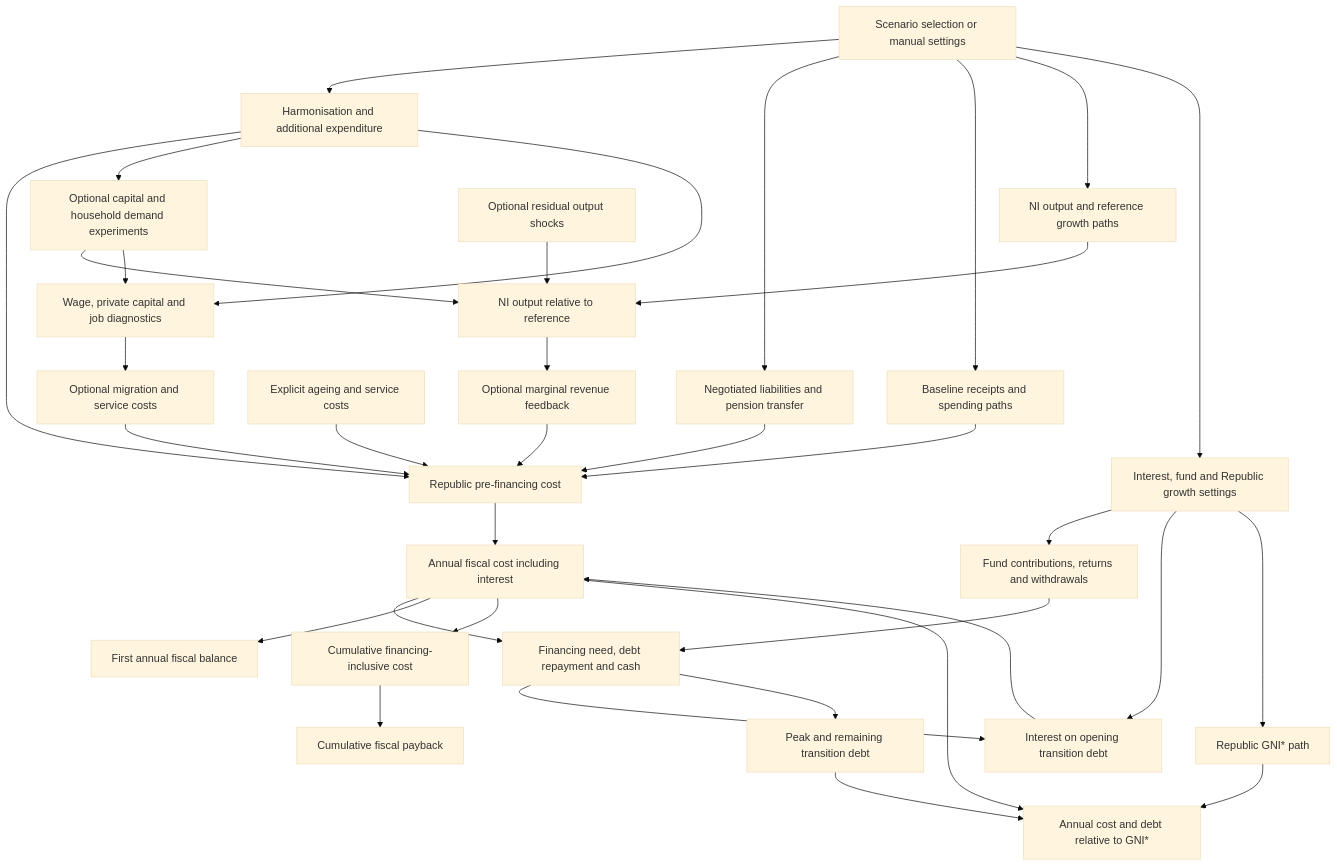
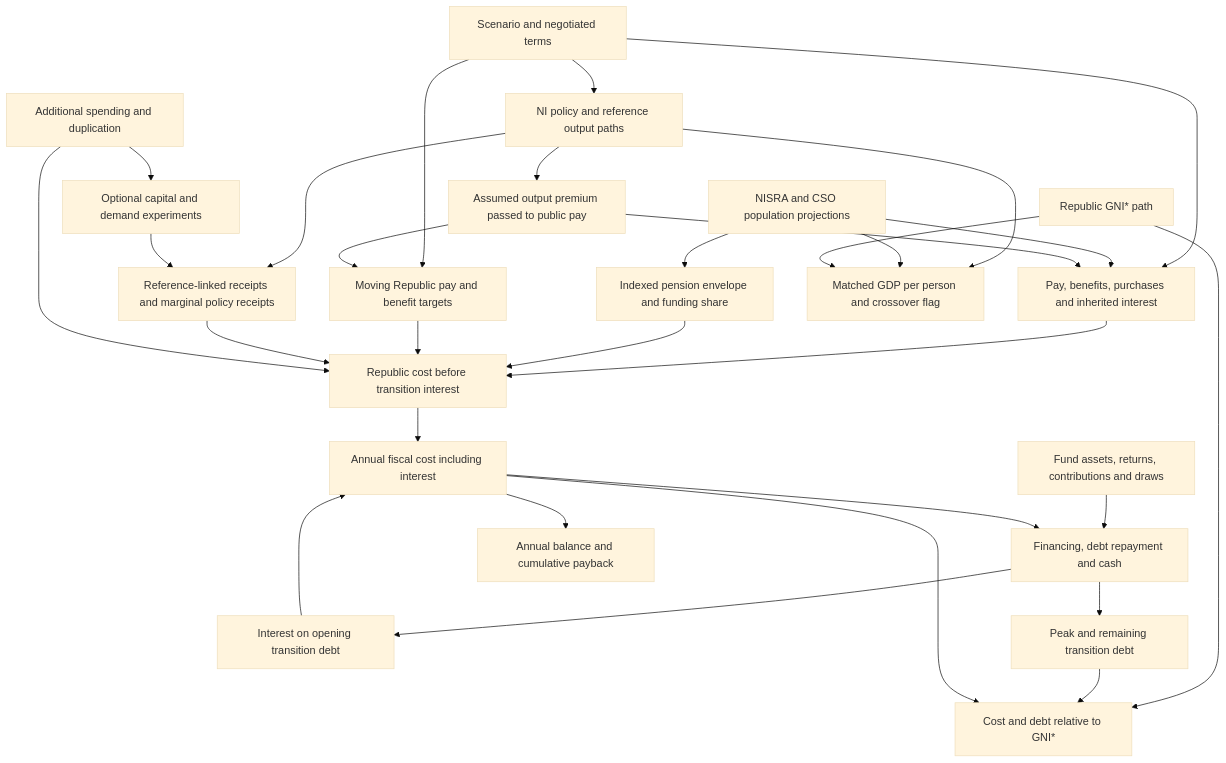
One commit to skinsella/skinsella.github.io changed the diagram in unity/book/linked_model_description.md. Above: the diagram before and after it, drawn with Mermaid (base theme). The commit also changed other lines of this file and 30 other files, not shown here.

````diff
--- a/unity/book/linked_model_description.md
+++ b/unity/book/linked_model_description.md
@@ -11,41 +5,32 @@
 ```mermaid
 flowchart TD
-    SELECT["Scenario selection or manual settings"] --> POLICY["Harmonisation and additional expenditure"]
-    SELECT --> TERMS["Negotiated liabilities and pension transfer"]
-    SELECT --> BASE["Baseline receipts and spending paths"]
-    SELECT --> GROW["NI output and reference growth paths"]
-    SELECT --> FINSET["Interest, fund and Republic growth settings"]
-
-    POLICY --> COST["Republic pre-financing cost"]
-    TERMS --> COST
-    BASE --> COST
-    AGE["Explicit ageing and service costs"] --> COST
-    POLICY --> EXP["Optional capital and household demand experiments"]
-    EXP --> OUTPUT["NI output relative to reference"]
-    GROW --> OUTPUT
-    RES["Optional residual output shocks"] --> OUTPUT
-    OUTPUT --> REV["Optional marginal revenue feedback"]
-    REV --> COST
-
-    POLICY --> DIAG["Wage, private capital and job diagnostics"]
-    EXP --> DIAG
-    DIAG --> MIG["Optional migration and service costs"]
-    MIG --> COST
-
+    SELECT["Scenario and negotiated terms"] --> SPEND["Pay, benefits, purchases and inherited interest"]
+    SELECT --> HARM["Moving Republic pay and benefit targets"]
+    SELECT --> GROW["NI policy and reference output paths"]
+    POP["NISRA and CSO population projections"] --> SPEND
+    POP --> PENSION["Indexed pension envelope and funding share"]
+    GROW --> WAGE["Assumed output premium passed to public pay"]
+    WAGE --> SPEND
+    WAGE --> HARM
+    GROW --> TAX["Reference-linked receipts and marginal policy receipts"]
+    SPEND --> COST["Republic cost before transition interest"]
+    PENSION --> COST
+    HARM --> COST
+    TAX --> COST
+    EXTRA["Additional spending and duplication"] --> COST
+    EXTRA --> ECON["Optional capital and demand experiments"]
+    ECON --> TAX
     COST --> ANNUAL["Annual fiscal cost including interest"]
-    FINSET --> FUND["Fund contributions, returns and withdrawals"]
-    FINSET --> INTEREST["Interest on opening transition debt"]
-    ANNUAL --> FIN["Financing need, debt repayment and cash"]
-    FUND --> FIN
-    FIN --> INTEREST
+    FUND["Fund assets, returns, contributions and draws"] --> FIN["Financing, debt repayment and cash"]
+    ANNUAL --> FIN
+    FIN --> INTEREST["Interest on opening transition debt"]
     INTEREST --> ANNUAL
-
-    ANNUAL --> BALANCE["First annual fiscal balance"]
-    ANNUAL --> CUM["Cumulative financing-inclusive cost"]
-    CUM --> PAYBACK["Cumulative fiscal payback"]
+    ANNUAL --> BALANCE["Annual balance and cumulative payback"]
     FIN --> DEBT["Peak and remaining transition debt"]
-    FINSET --> GNI["Republic GNI* path"]
-    ANNUAL --> AFFORD["Annual cost and debt relative to GNI*"]
-    DEBT --> AFFORD
-    GNI --> AFFORD
+    ROI["Republic GNI* path"] --> BURDEN["Cost and debt relative to GNI*"]
+    DEBT --> BURDEN
+    ANNUAL --> BURDEN
+    GROW --> PERPERSON["Matched GDP per person and crossover flag"]
+    POP --> PERPERSON
+    ROI --> PERPERSON
 ```
````
